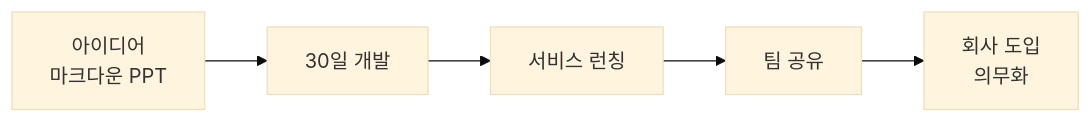
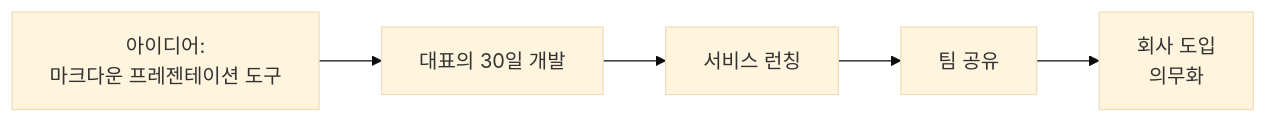
One commit to nugurejeil/weniVooks changed the second of 2 diagrams in _md/essentials-vibecoding/chapter01/01-2.md. Above: the diagram before and after it, drawn with Mermaid (base theme). The commit also changed other lines of this file and 3 other files, not shown here.

````diff
--- a/_md/essentials-vibecoding/chapter01/01-2.md
+++ b/_md/essentials-vibecoding/chapter01/01-2.md
@@ -66,7 +82,7 @@
 ```mermaid
 flowchart LR
-    A["아이디어<br/>마크다운 PPT"] --> B["30일 개발"]
+    A["아이디어:<br/>마크다운 프레젠테이션 도구"] --> B["대표의 30일 개발"]
     B --> C["서비스 런칭"]
     C --> D["팀 공유"]
     D --> E["회사 도입<br/>의무화"]
 ```
````
